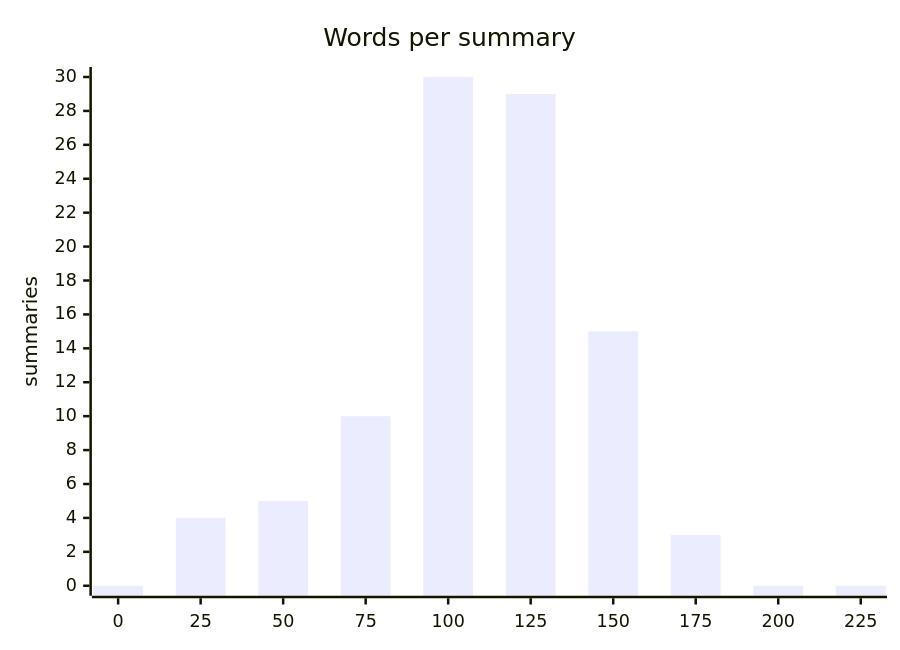
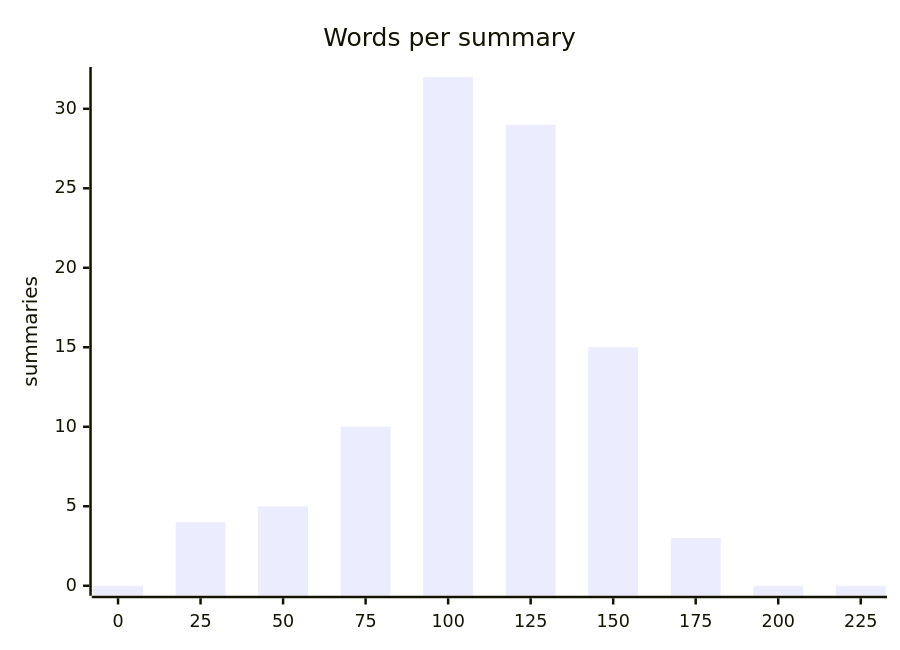
One commit to MISP/ai-connector changed the second of 2 diagrams in docs/BENCHMARKS_summary.md. Above: the diagram before and after it, drawn with Mermaid. The commit also changed other lines of this file and 22 other files, not shown here.

````diff
--- a/docs/BENCHMARKS_summary.md
+++ b/docs/BENCHMARKS_summary.md
@@ -31,7 +31,7 @@
 ```mermaid
 xychart-beta
   title "Words per summary"
   x-axis ["0", "25", "50", "75", "100", "125", "150", "175", "200", "225"]
-  y-axis "summaries" 0 --> 30
-  bar [0, 4, 5, 10, 30, 29, 15, 3, 0, 0]
+  y-axis "summaries" 0 --> 32
+  bar [0, 4, 5, 10, 32, 29, 15, 3, 0, 0]
 ```
````
